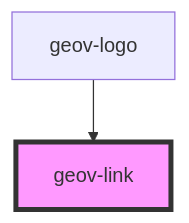
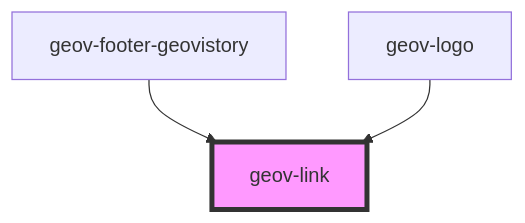
The diagram in packages/design-system-web/src/components/basic/geov-link/readme.md (geovistory/design-system), drawn with Mermaid before and after one commit. The commit also changed other lines of this file and 67 other files, not shown here.

````diff
--- a/packages/design-system-web/src/components/basic/geov-link/readme.md
+++ b/packages/design-system-web/src/components/basic/geov-link/readme.md
@@ -22,5 +26,6 @@
 ```mermaid
 graph TD;
+  geov-footer-geovistory --> geov-link
   geov-logo --> geov-link
   style geov-link fill:#f9f,stroke:#333,stroke-width:4px
 ```
````
